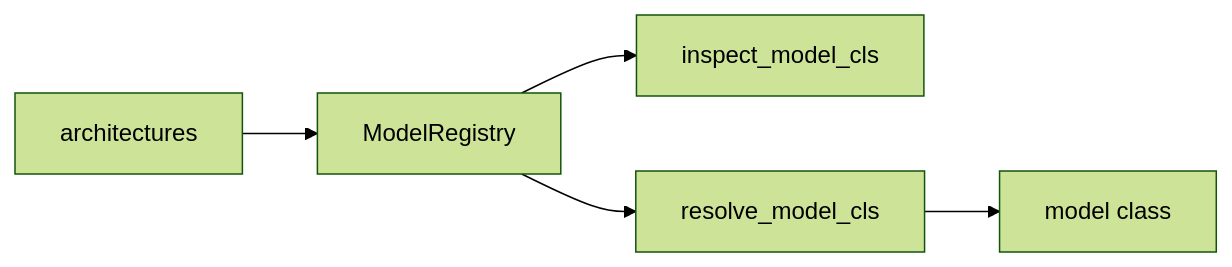
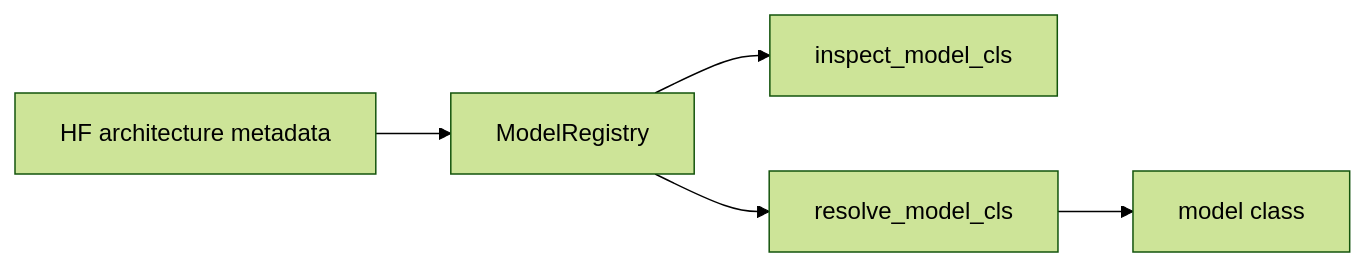
Before and after one commit to arganzheng/arganzheng.github.com: diagram 20 of 32 in _posts/2026-08-15-deep-dive-into-vllm.md, drawn with Mermaid (forest theme). The commit also changed other lines of this file, not shown here.

````diff
--- a/_posts/2026-08-15-deep-dive-into-vllm.md
+++ b/_posts/2026-08-15-deep-dive-into-vllm.md
@@ -6453,7 +6546,7 @@
 ```mermaid
 flowchart LR
-    HF[architectures] --> REG[ModelRegistry]
+    HF[HF architecture metadata] --> REG[ModelRegistry]
     REG --> I[inspect_model_cls]
     REG --> R[resolve_model_cls]
     R --> CLS[model class]
 ```
````
